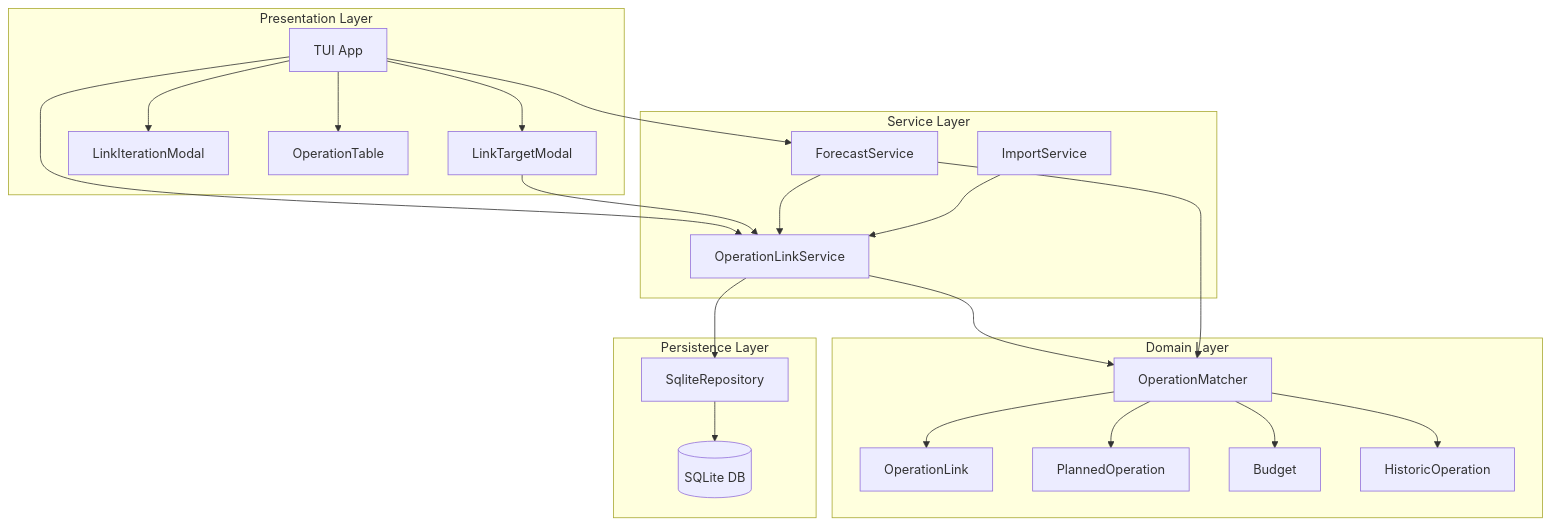
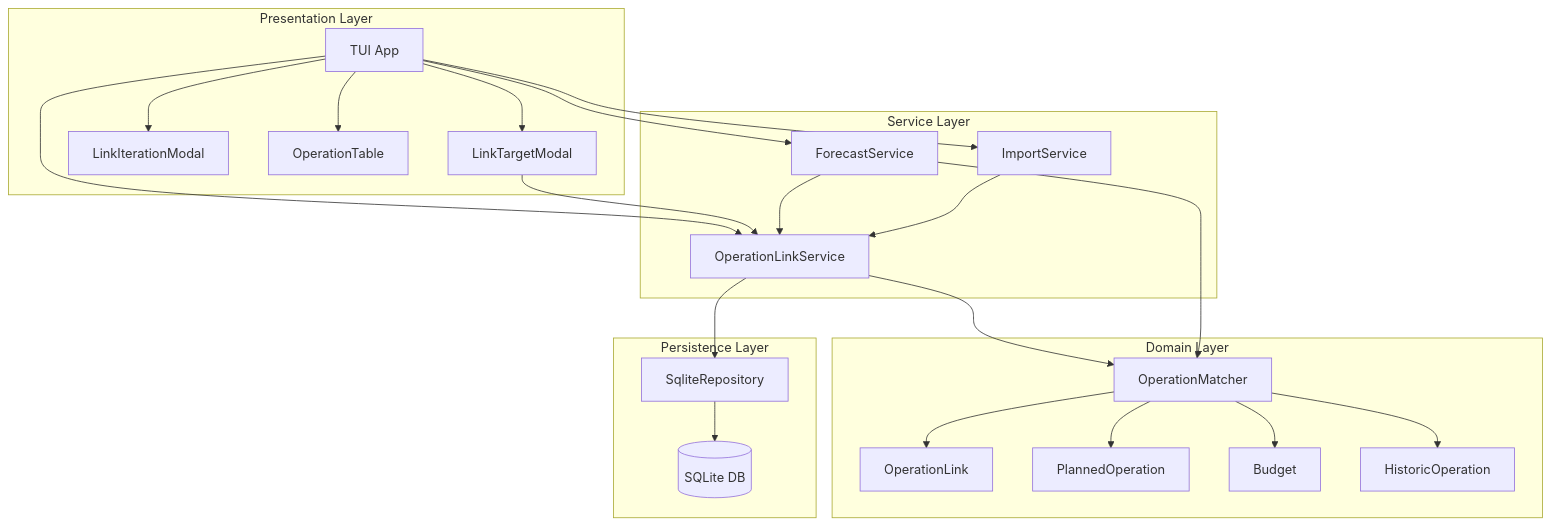
One commit to corentin-core/budget-forecaster changed the first of 8 diagrams in docs/dev/operation-links.md. Above: the diagram before and after it, drawn with Mermaid.

Commit message:
docs: add TUI to ImportService connection in architecture diagram

````diff
--- a/docs/dev/operation-links.md
+++ b/docs/dev/operation-links.md
@@ -8,49 +8,50 @@
 ```mermaid
 graph TB
     subgraph "Presentation Layer"
         TUI[TUI App]
         LinkTargetModal[LinkTargetModal]
         LinkIterationModal[LinkIterationModal]
         OperationTable[OperationTable]
     end
 
     subgraph "Service Layer"
         OLS[OperationLinkService]
         FS[ForecastService]
         IS[ImportService]
     end
 
     subgraph "Domain Layer"
         OM[OperationMatcher]
         OL[OperationLink]
         PO[PlannedOperation]
         B[Budget]
         HO[HistoricOperation]
     end
 
     subgraph "Persistence Layer"
         Repo[SqliteRepository]
         DB[(SQLite DB)]
     end
 
     TUI --> LinkTargetModal
     TUI --> LinkIterationModal
     TUI --> OperationTable
     TUI --> OLS
     TUI --> FS
+    TUI --> IS
 
     LinkTargetModal --> OLS
     FS --> OLS
     IS --> OLS
 
     OLS --> OM
     OLS --> Repo
     FS --> OM
 
     OM --> OL
     OM --> PO
     OM --> B
     OM --> HO
 
     Repo --> DB
 ```
````
